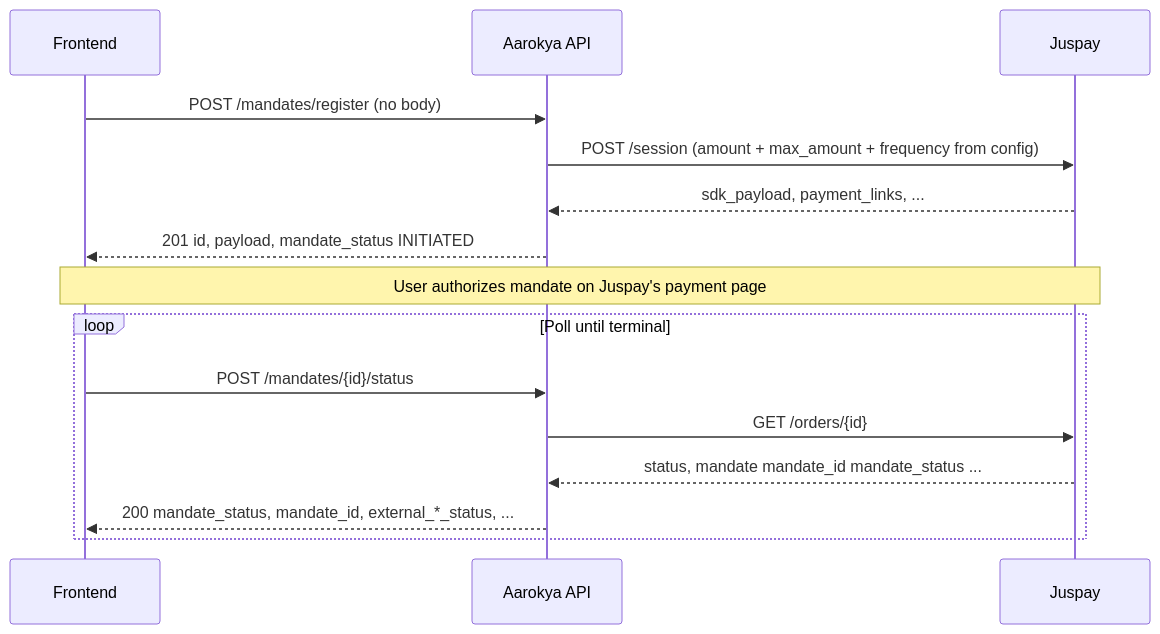
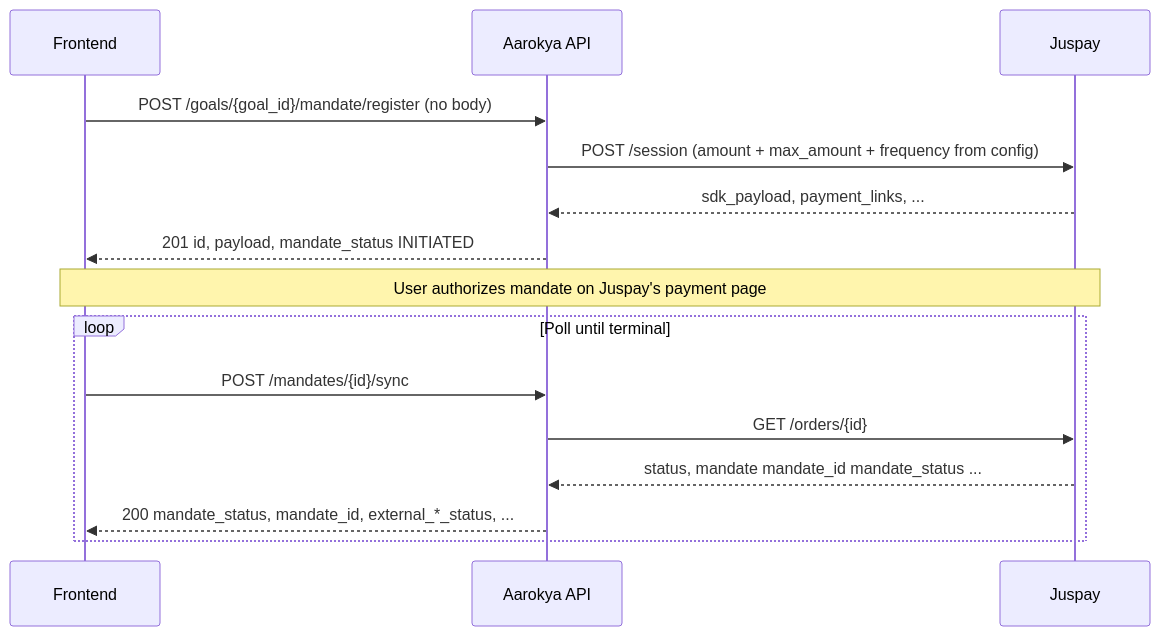
Before and after one commit to anu19981/aarokya-backend: the diagram in api-reference/modules/mandate.mdx, drawn with Mermaid. The commit also changed other lines of this file and 90 other files, not shown here.

Commit message:
sync: update api-reference from aarokya-agentic-app

````diff
--- a/api-reference/modules/mandate.mdx
+++ b/api-reference/modules/mandate.mdx
@@ -195,20 +180,20 @@
 ```mermaid
 sequenceDiagram
     participant App as Frontend
     participant Aarokya as Aarokya API
     participant Juspay as Juspay
 
-    App->>Aarokya: POST /mandates/register (no body)
+    App->>Aarokya: POST /goals/{goal_id}/mandate/register (no body)
     Aarokya->>Juspay: POST /session (amount + max_amount + frequency from config)
     Juspay-->>Aarokya: sdk_payload, payment_links, ...
     Aarokya-->>App: 201 id, payload, mandate_status INITIATED
 
     Note over App,Juspay: User authorizes mandate on Juspay's payment page
 
     loop Poll until terminal
-        App->>Aarokya: POST /mandates/{id}/status
+        App->>Aarokya: POST /mandates/{id}/sync
         Aarokya->>Juspay: GET /orders/{id}
         Juspay-->>Aarokya: status, mandate mandate_id mandate_status ...
         Aarokya-->>App: 200 mandate_status, mandate_id, external_*_status, ...
     end
 ```
````
